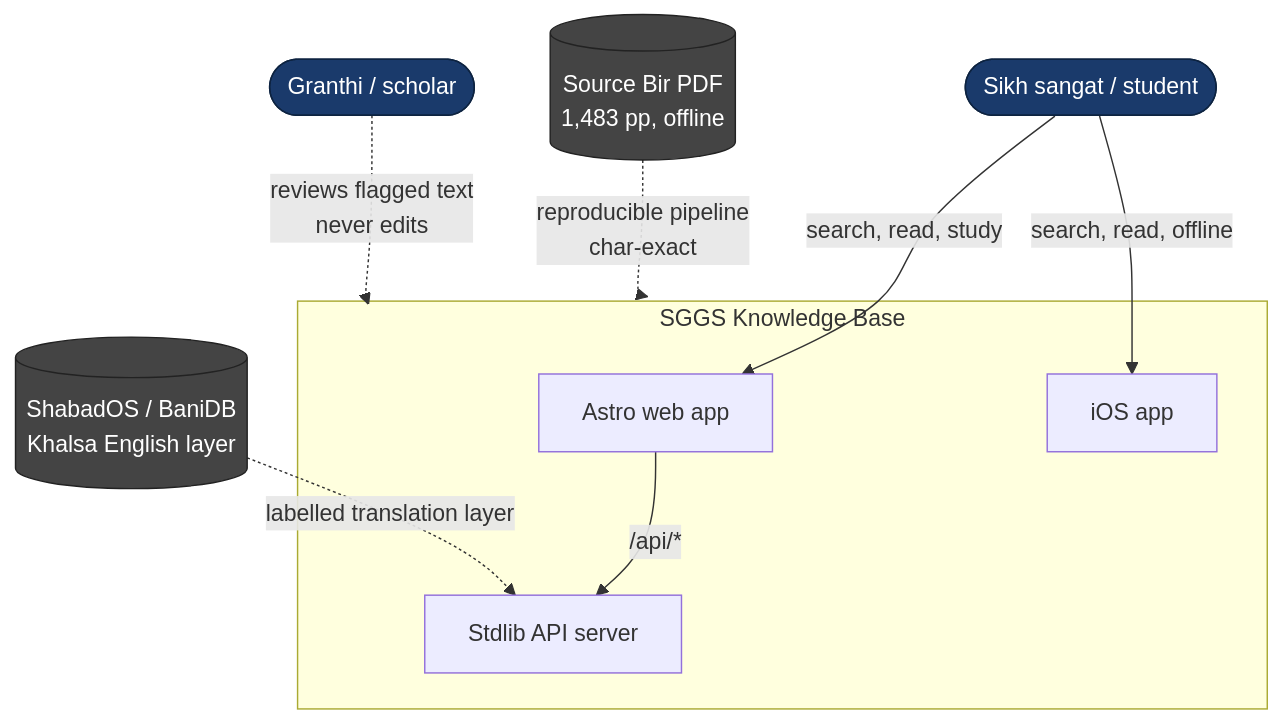
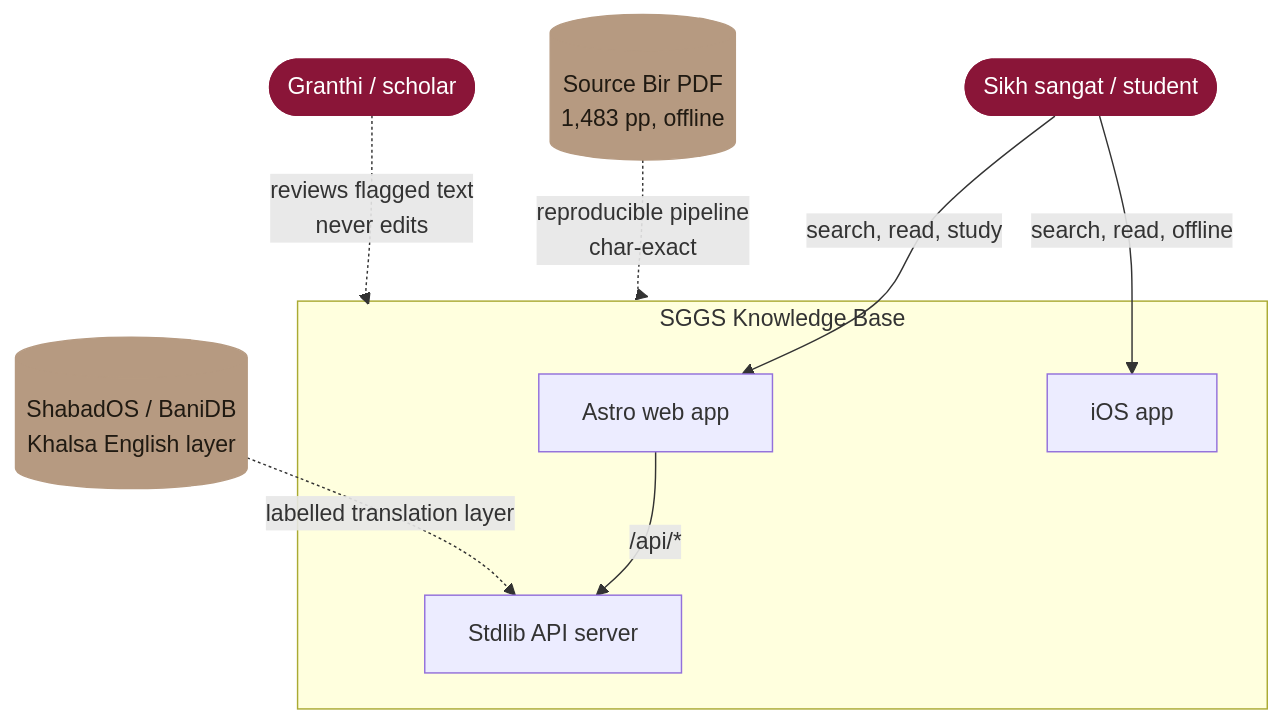
Before and after one commit to Algorythmos-AI/sggs-knowledge-base: the first of 3 diagrams in docs/architecture/overview.md, drawn with Mermaid. The commit also changed other lines of this file and 90 other files, not shown here.

````diff
--- a/docs/architecture/overview.md
+++ b/docs/architecture/overview.md
@@ -5,21 +11,23 @@
 ```mermaid
 flowchart TB
+    accTitle: System context
+    accDescr: Readers and scholars use the web app and the iOS app; both read the stdlib API. The source Bir PDF feeds the reproducible pipeline; the ShabadOS English layer is attached, labelled, to the API.
     reader([Sikh sangat / student]):::person
     granthi([Granthi / scholar]):::person
     subgraph SGGS[SGGS Knowledge Base]
         web[Astro web app]
         ios[iOS app]
         api[Stdlib API server]
     end
     pdf[(Source Bir PDF<br/>1,483 pp, offline)]:::ext
     shabados[(ShabadOS / BaniDB<br/>Khalsa English layer)]:::ext
 
     reader -->|search, read, study| web
     reader -->|search, read, offline| ios
     web -->|/api/*| api
     pdf -.->|reproducible pipeline<br/>char-exact| SGGS
     shabados -.->|labelled translation layer| api
     granthi -.->|reviews flagged text<br/>never edits| SGGS
-    classDef person fill:#1a3a6b,color:#fff,stroke:#0d2340;
-    classDef ext fill:#444,color:#fff,stroke:#222;
+    classDef person fill:#8A1538,color:#FFFFFF,stroke:#8A1538;
+    classDef ext fill:#B69A81,color:#201A12,stroke:#B69A81;
 ```
````
